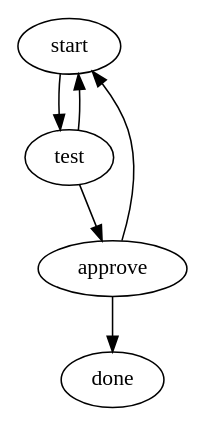
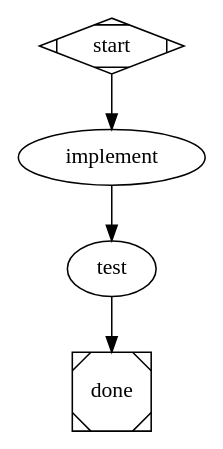
The first of 19 diagrams in docs/how-to/common-tasks.md (jawhnycooke/attractor), drawn with Graphviz before and after one commit. The commit also changed other lines of this file and 5 other files, not shown here.

````diff
--- a/docs/how-to/common-tasks.md
+++ b/docs/how-to/common-tasks.md
@@ -39,31 +66,22 @@
 ```dot
 digraph fix_bug {
-    # Entry node — the agent reads the codebase and patches the bug
-    start [
-        handler="codergen"
+    start [shape=Mdiamond]
+
+    implement [
+        type="codergen"
         prompt="Read src/auth.py and fix the token expiry bug. Write tests."
         model="claude-opus-4-6"
     ]
 
-    # Quality gate — runs the test suite
     test [
-        handler="tool"
-        command="pytest tests/ -q"
+        type="codergen"
+        prompt="Run the test suite with: pytest tests/ -q. Report pass or fail."
     ]
 
-    # Human sign-off before merging
-    approve [
-        handler="human_gate"
-        prompt="Tests passed. Approve this change for merge?"
-    ]
+    done [shape=Msquare]
 
-    # Terminal — no outgoing edges, so implicitly terminal
-    done []
-
-    start -> test
-    test  -> approve [condition="exit_code == 0"]
-    test  -> start   [condition="exit_code != 0" priority=1]
-    approve -> done  [condition="approved == true"]
-    approve -> start [condition="approved == false" priority=1]
+    start -> implement
+    implement -> test
+    test -> done
 }
 ```
````
